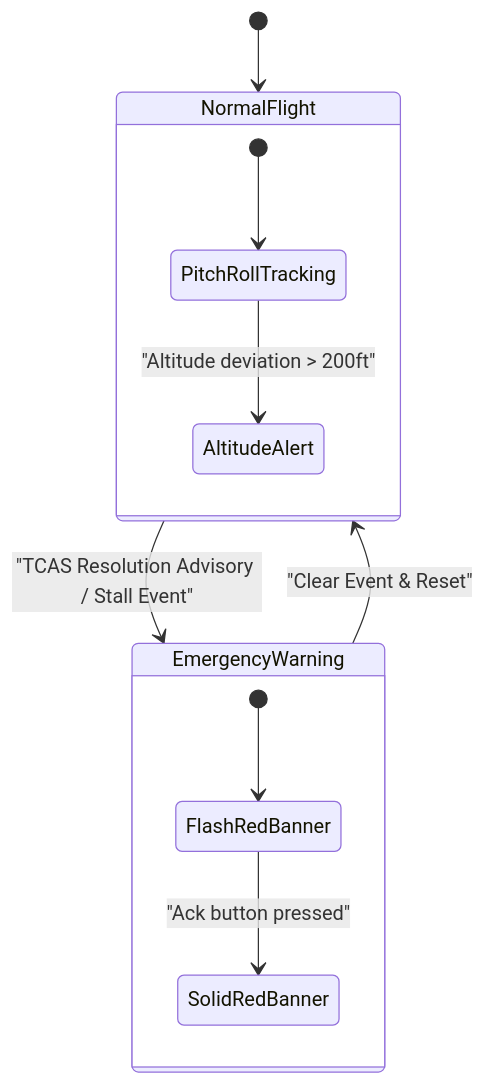
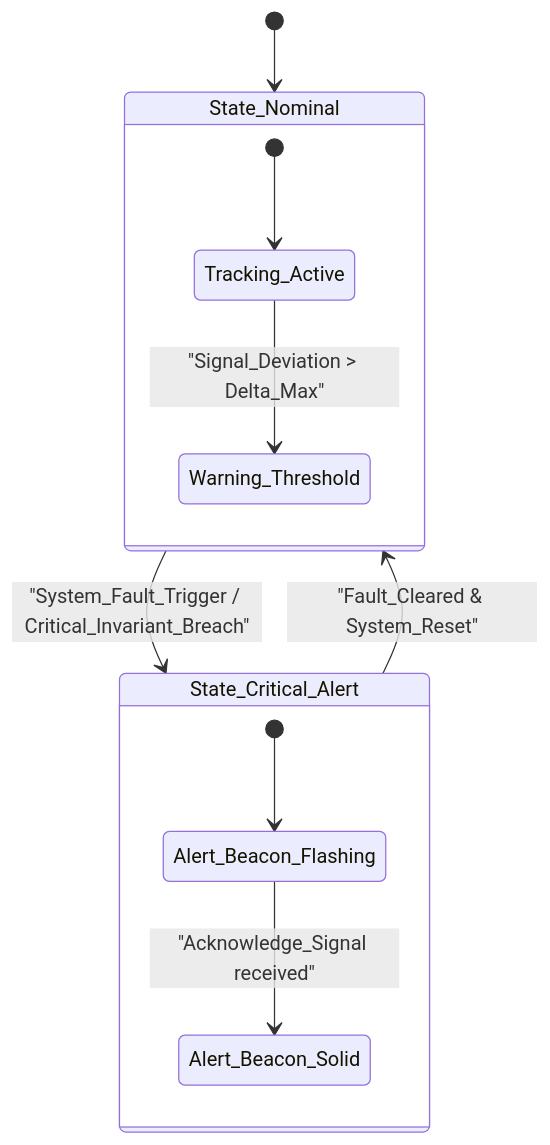
The fourth of 6 diagrams in docs/architecture/blueprints/SAFETY_CRITICAL_REALTIME_UI_FRAMEWORK.md (gintatkinson/DEAP01-spec-core), drawn with Mermaid before and after one commit. The commit also changed other lines of this file and 34 other files, not shown here.

Commit message:
docs(architecture): decontaminate reference blueprints and establish master execution plan (refs #405, refs #406)

````diff
--- a/docs/architecture/blueprints/SAFETY_CRITICAL_REALTIME_UI_FRAMEWORK.md
+++ b/docs/architecture/blueprints/SAFETY_CRITICAL_REALTIME_UI_FRAMEWORK.md
@@ -125,17 +140,17 @@
 ```mermaid
 stateDiagram-v2
-    [*] --> NormalFlight
+    [*] --> State_Nominal
 
-    state NormalFlight {
-        [*] --> PitchRollTracking
-        PitchRollTracking --> AltitudeAlert: "Altitude deviation > 200ft"
+    state State_Nominal {
+        [*] --> Tracking_Active
+        Tracking_Active --> Warning_Threshold: "Signal_Deviation > Delta_Max"
     }
 
-    state EmergencyWarning {
-        [*] --> FlashRedBanner
-        FlashRedBanner --> SolidRedBanner: "Ack button pressed"
+    state State_Critical_Alert {
+        [*] --> Alert_Beacon_Flashing
+        Alert_Beacon_Flashing --> Alert_Beacon_Solid: "Acknowledge_Signal received"
     }
 
-    NormalFlight --> EmergencyWarning: "TCAS Resolution Advisory / Stall Event"
-    EmergencyWarning --> NormalFlight: "Clear Event & Reset"
+    State_Nominal --> State_Critical_Alert: "System_Fault_Trigger / Critical_Invariant_Breach"
+    State_Critical_Alert --> State_Nominal: "Fault_Cleared & System_Reset"
 ```
````
